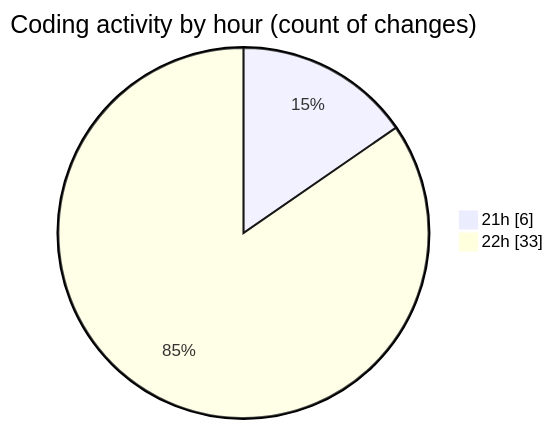
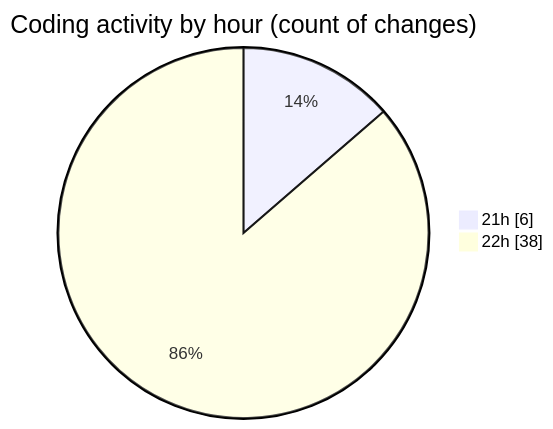
Before and after one commit to hasnaa123/code-tracking: the second of 2 diagrams in 2026-02-17/classes/README.md, drawn with Mermaid. The commit also changed other lines of this file and 1 other file, not shown here.

````diff
--- a/2026-02-17/classes/README.md
+++ b/2026-02-17/classes/README.md
@@ -30,6 +30,6 @@
 ```mermaid
 pie showData
 title Coding activity by hour (count of changes)
 "21h" : 6
-"22h" : 33
+"22h" : 38
 ```
````
